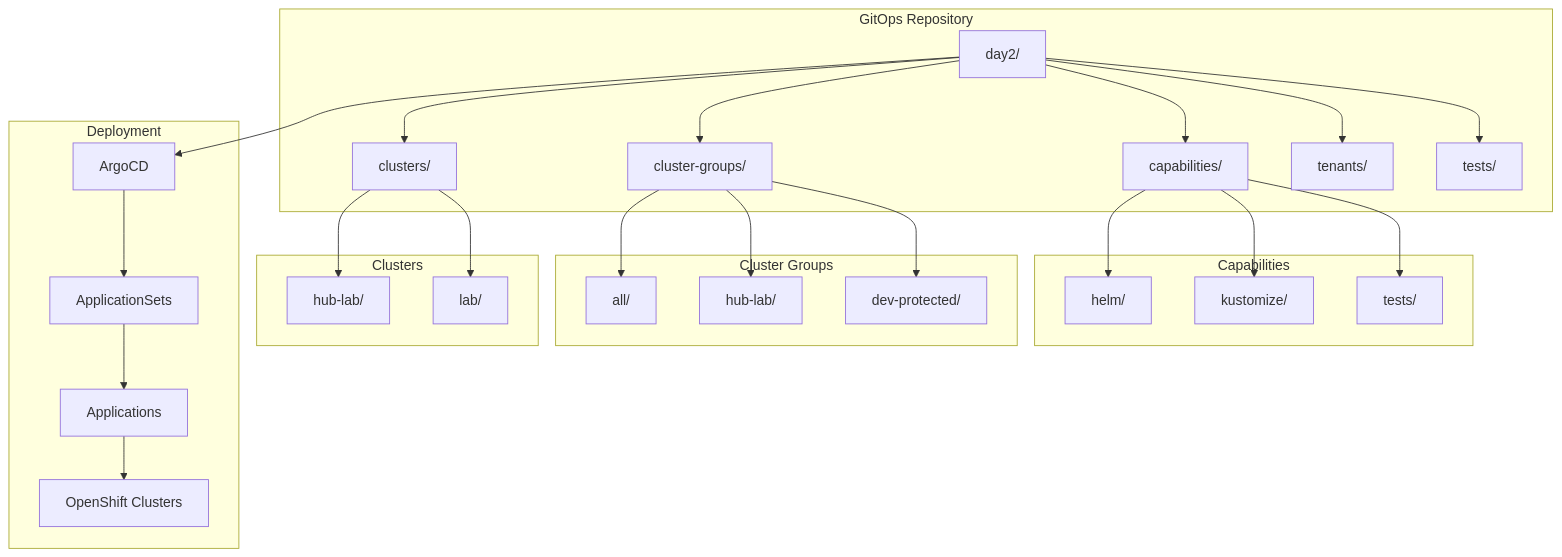
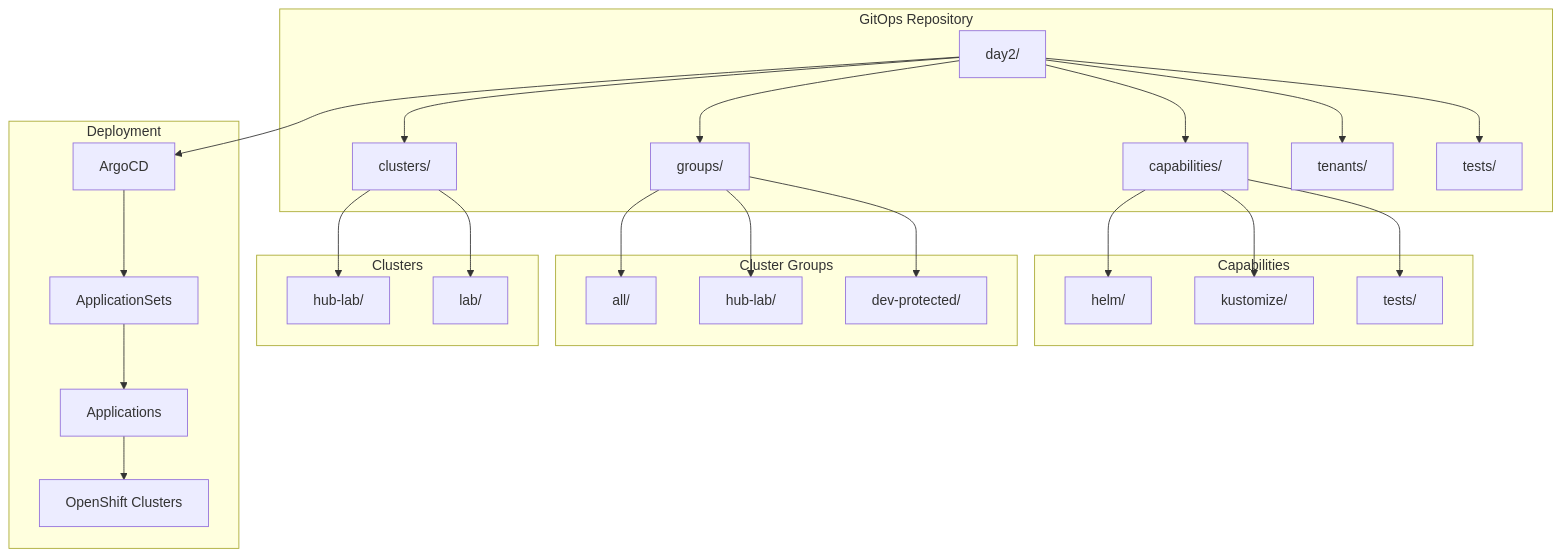
The diagram in day2/README.md (RHConsulting0/openshift-vsphere-ipi-install), drawn with Mermaid before and after one commit. The commit also changed other lines of this file and 64 other files, not shown here.

````diff
--- a/day2/README.md
+++ b/day2/README.md
@@ -33,35 +33,35 @@
 ```mermaid
 graph TB
     subgraph "GitOps Repository"
         A[day2/] --> B[capabilities/]
-        A --> C[cluster-groups/]
+        A --> C[groups/]
         A --> D[clusters/]
         A --> E[tenants/]
         A --> F[tests/]
     end
     
     subgraph "Capabilities"
         B --> G[helm/]
         B --> H[kustomize/]
         B --> I[tests/]
     end
     
     subgraph "Cluster Groups"
         C --> J[all/]
         C --> K[hub-lab/]
         C --> L[dev-protected/]
     end
     
     subgraph "Clusters"
         D --> M[hub-lab/]
         D --> N[lab/]
     end
     
     subgraph "Deployment"
         O[ArgoCD] --> P[ApplicationSets]
         P --> Q[Applications]
         Q --> R[OpenShift Clusters]
     end
     
     A --> O
 ```
````
